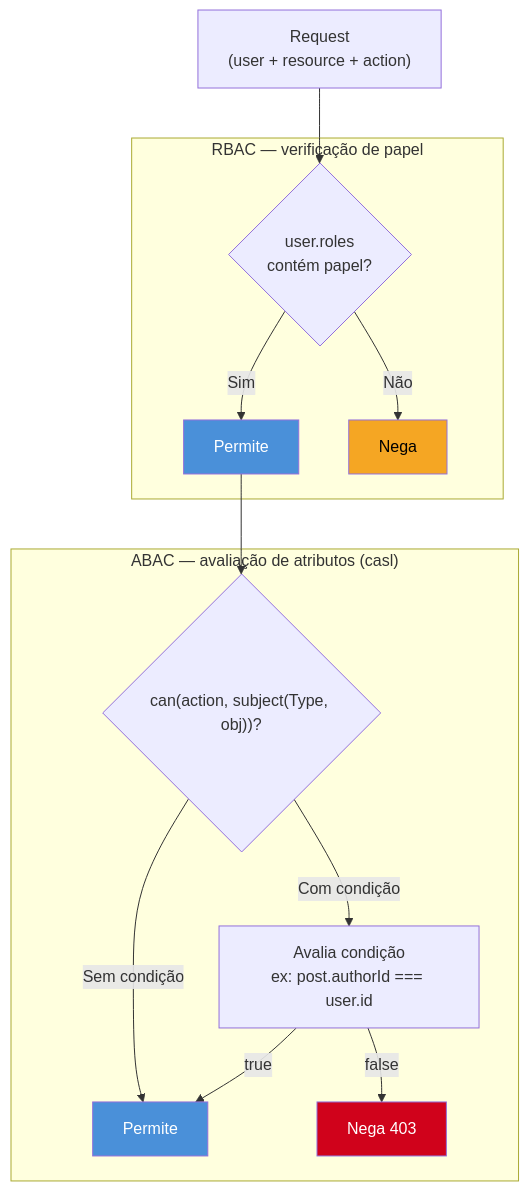
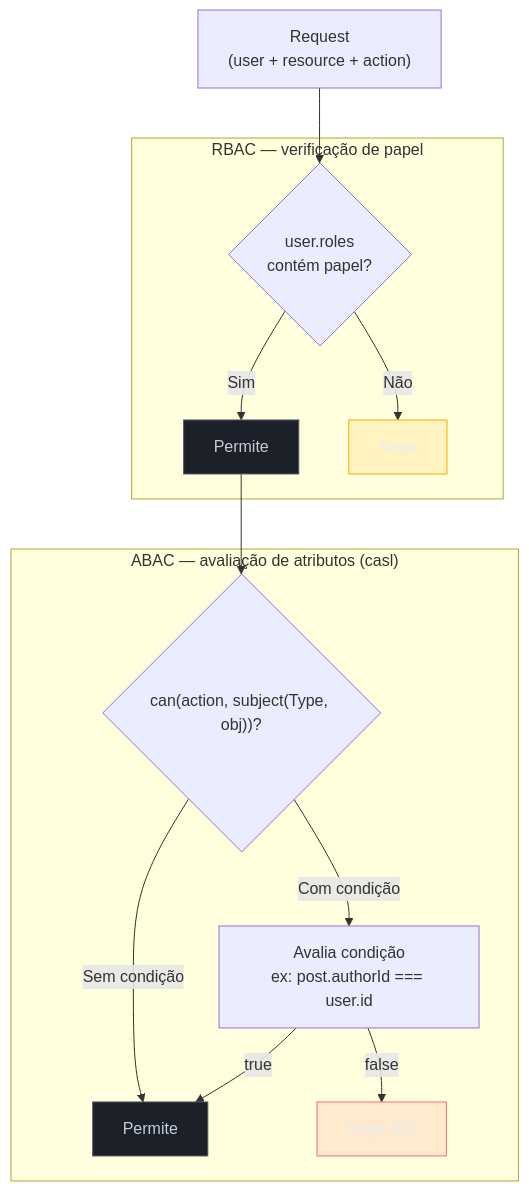
One commit to josenaldo/codex-technomanticus changed the diagram in 03-Dominios/Tecnologia/Node/Segurança/06 - RBAC e ABAC com casl e casbin.md. Above: the diagram before and after it, drawn with Mermaid. The commit also changed 1181 other files, not shown here.

First line of the commit message:
fix(diagramas): paleta do sistema no lugar de cor cravada no markdown

````diff
--- a/03-Dominios/Tecnologia/Node/Segurança/06 - RBAC e ABAC com casl e casbin.md
+++ b/03-Dominios/Tecnologia/Node/Segurança/06 - RBAC e ABAC com casl e casbin.md
@@ -29,31 +29,34 @@
 ```mermaid
 flowchart TD
+    classDef falha fill:#FF6B6B24,stroke:#FF6B6B,color:#E9ECF2
+    classDef destaque fill:#FFAA0024,stroke:#FFAA00,color:#E9ECF2
+    classDef neutro fill:#1B2029,stroke:#4E5666,color:#C6CCD8
     REQ["Request\n(user + resource + action)"]
 
     subgraph RBAC ["RBAC — verificação de papel"]
         R1{"user.roles\ncontém papel?"}
         R_OK["Permite"]
         R_DENY["Nega"]
         R1 -->|Sim| R_OK
         R1 -->|Não| R_DENY
     end
 
     subgraph ABAC ["ABAC — avaliação de atributos (casl)"]
         A1{"can(action, subject(Type, obj))?"}
         A_COND["Avalia condição\nex: post.authorId === user.id"]
         A_OK["Permite"]
         A_DENY["Nega 403"]
         A1 -->|Sem condição| A_OK
         A1 -->|Com condição| A_COND
         A_COND -->|true| A_OK
         A_COND -->|false| A_DENY
     end
 
     REQ --> R1
     R_OK --> A1
 
-    style A_DENY fill:#D0021B,color:#fff
-    style R_DENY fill:#F5A623,color:#000
-    style A_OK fill:#4A90D9,color:#fff
-    style R_OK fill:#4A90D9,color:#fff
+    class A_DENY falha
+    class R_DENY destaque
+    class A_OK neutro
+    class R_OK neutro
 ```
````
